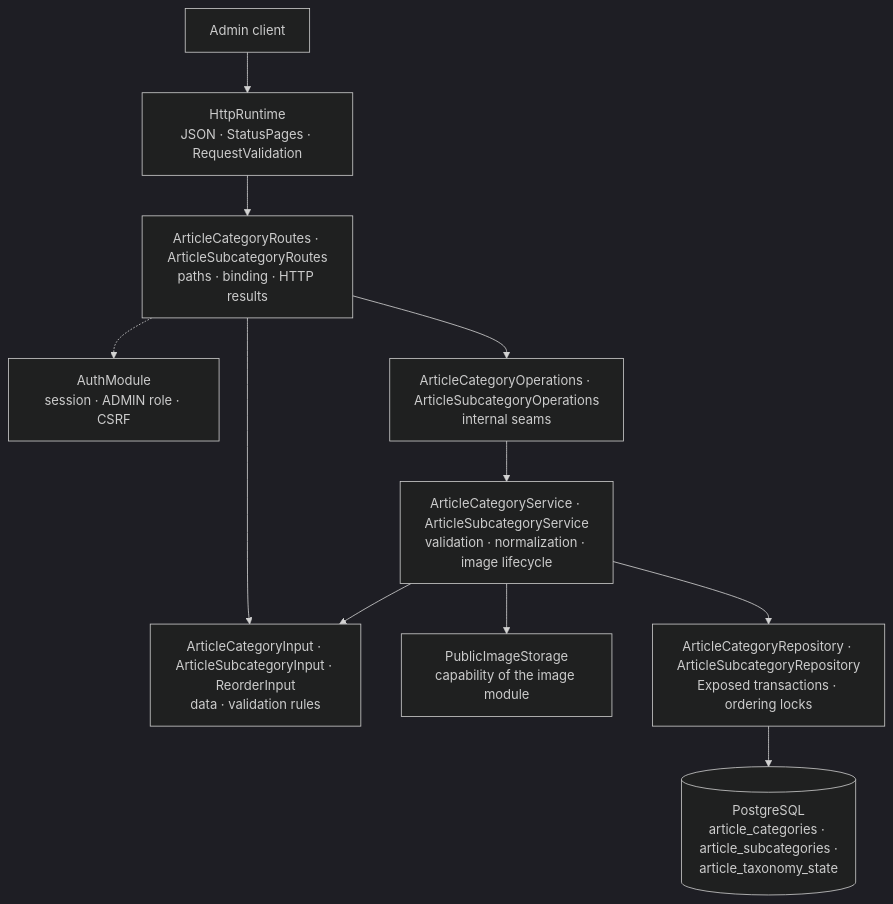
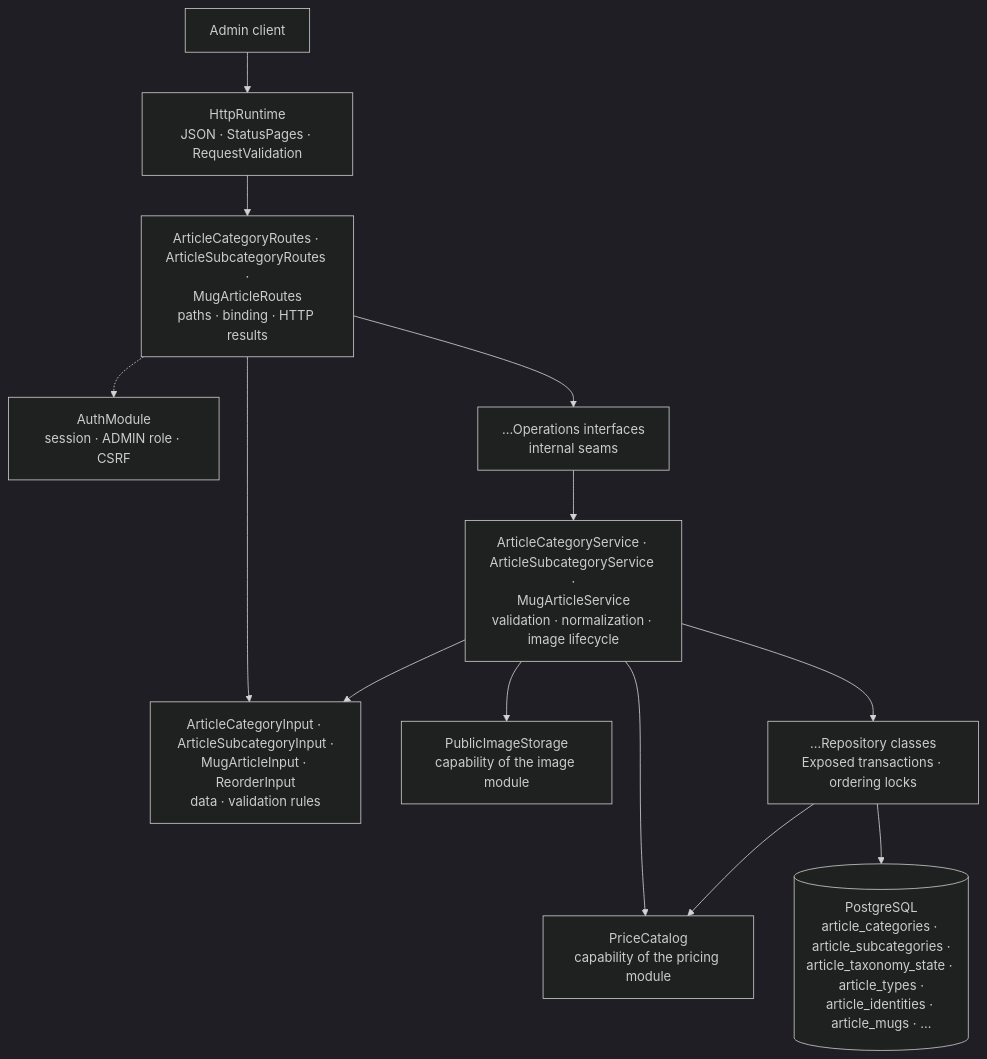
Before and after one commit to bitstorm-tech/voenix-shop-kotlin: the diagram in docs/dev/backend/article-package.md, drawn with Mermaid (dark theme). The commit also changed other lines of this file and 31 other files, not shown here.

Commit message:
Article migration T5: mug write slice with variants and embedded price (#18)

````diff
--- a/docs/dev/backend/article-package.md
+++ b/docs/dev/backend/article-package.md
@@ -31,23 +40,26 @@
 ```mermaid
 flowchart TB
     Client["Admin client"]
     Http["HttpRuntime<br/>JSON · StatusPages · RequestValidation"]
     Auth["AuthModule<br/>session · ADMIN role · CSRF"]
-    Routes["ArticleCategoryRoutes · ArticleSubcategoryRoutes<br/>paths · binding · HTTP results"]
-    Input["ArticleCategoryInput · ArticleSubcategoryInput · ReorderInput<br/>data · validation rules"]
-    Operations["ArticleCategoryOperations · ArticleSubcategoryOperations<br/>internal seams"]
-    Service["ArticleCategoryService · ArticleSubcategoryService<br/>validation · normalization · image lifecycle"]
+    Routes["ArticleCategoryRoutes · ArticleSubcategoryRoutes ·<br/>MugArticleRoutes<br/>paths · binding · HTTP results"]
+    Input["ArticleCategoryInput · ArticleSubcategoryInput ·<br/>MugArticleInput · ReorderInput<br/>data · validation rules"]
+    Operations["…Operations interfaces<br/>internal seams"]
+    Service["ArticleCategoryService · ArticleSubcategoryService ·<br/>MugArticleService<br/>validation · normalization · image lifecycle"]
     Images["PublicImageStorage<br/>capability of the image module"]
-    Repository["ArticleCategoryRepository · ArticleSubcategoryRepository<br/>Exposed transactions · ordering locks"]
-    Database[("PostgreSQL<br/>article_categories · article_subcategories ·<br/>article_taxonomy_state")]
+    Prices["PriceCatalog<br/>capability of the pricing module"]
+    Repository["…Repository classes<br/>Exposed transactions · ordering locks"]
+    Database[("PostgreSQL<br/>article_categories · article_subcategories ·<br/>article_taxonomy_state · article_types ·<br/>article_identities · article_mugs · …")]
 
     Client --> Http --> Routes
     Routes -.-> Auth
     Routes --> Input
     Routes --> Operations
     Operations --> Service
     Service --> Input
     Service --> Images
+    Service --> Prices
     Service --> Repository
+    Repository --> Prices
     Repository --> Database
 ```
````
